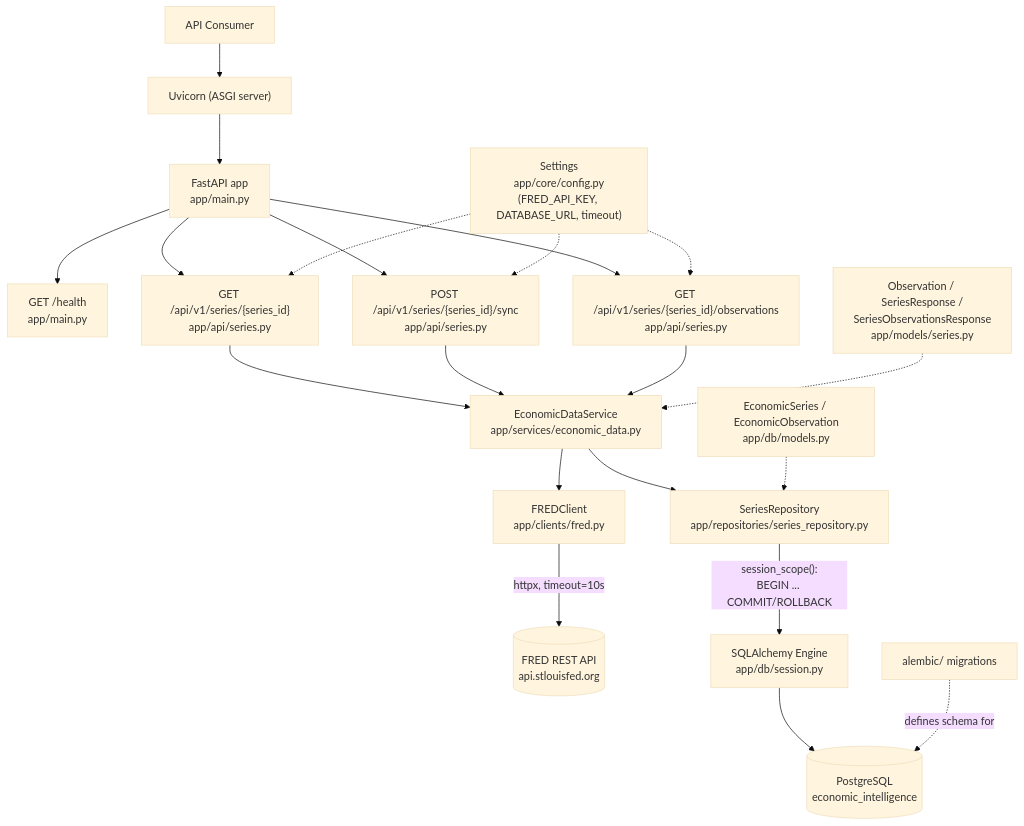
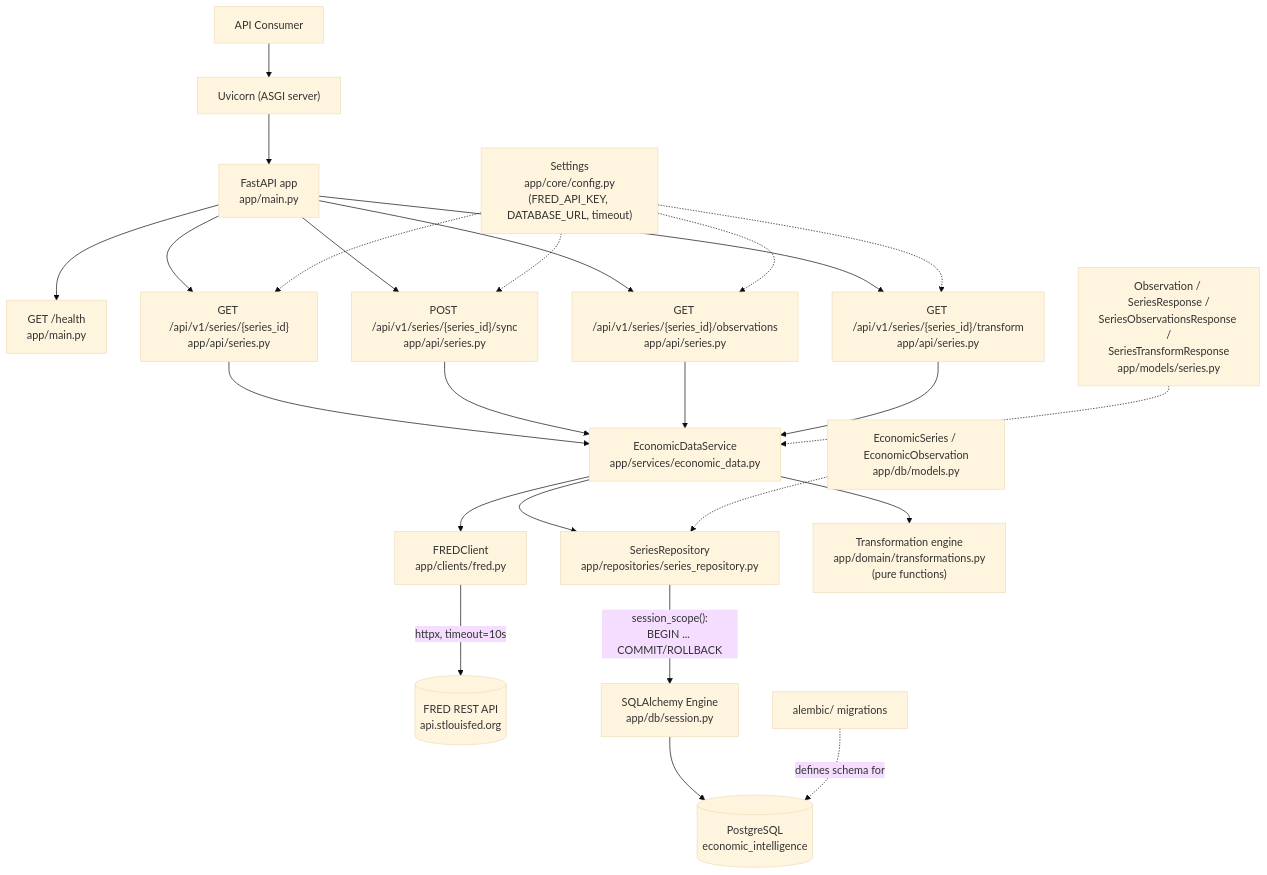
The diagram in docs/architecture/current-architecture.md (JerrodMcHenry/economic-intelligence), drawn with Mermaid (base theme) before and after one commit. The commit also changed other lines of this file and 9 other files, not shown here.

Commit message:
feat: add economic transformation engine

````diff
--- a/docs/architecture/current-architecture.md
+++ b/docs/architecture/current-architecture.md
@@ -26,28 +27,32 @@
 ```mermaid
 graph TD
     Consumer["API Consumer"] --> Uvicorn["Uvicorn (ASGI server)"]
     Uvicorn --> App["FastAPI app<br/>app/main.py"]
 
     App --> Health["GET /health<br/>app/main.py"]
     App --> GetRoute["GET /api/v1/series/{series_id}<br/>app/api/series.py"]
     App --> SyncRoute["POST /api/v1/series/{series_id}/sync<br/>app/api/series.py"]
     App --> ObsRoute["GET /api/v1/series/{series_id}/observations<br/>app/api/series.py"]
+    App --> TransformRoute["GET /api/v1/series/{series_id}/transform<br/>app/api/series.py"]
 
     GetRoute --> Service["EconomicDataService<br/>app/services/economic_data.py"]
     SyncRoute --> Service
     ObsRoute --> Service
+    TransformRoute --> Service
 
     Service --> Client["FREDClient<br/>app/clients/fred.py"]
     Service --> Repo["SeriesRepository<br/>app/repositories/series_repository.py"]
+    Service --> Engine["Transformation engine<br/>app/domain/transformations.py<br/>(pure functions)"]
 
     Client -->|"httpx, timeout=10s"| FRED[("FRED REST API<br/>api.stlouisfed.org")]
     Repo -->|"session_scope():<br/>BEGIN ... COMMIT/ROLLBACK"| Orm["SQLAlchemy Engine<br/>app/db/session.py"]
     Orm --> PG[("PostgreSQL<br/>economic_intelligence")]
 
     Config["Settings<br/>app/core/config.py<br/>(FRED_API_KEY, DATABASE_URL, timeout)"] -.-> GetRoute
     Config -.-> SyncRoute
     Config -.-> ObsRoute
-    Models["Observation / SeriesResponse /<br/>SeriesObservationsResponse<br/>app/models/series.py"] -.-> Service
+    Config -.-> TransformRoute
+    Models["Observation / SeriesResponse /<br/>SeriesObservationsResponse /<br/>SeriesTransformResponse<br/>app/models/series.py"] -.-> Service
     OrmModels["EconomicSeries / EconomicObservation<br/>app/db/models.py"] -.-> Repo
     Alembic["alembic/ migrations"] -.->|"defines schema for"| PG
 ```
````
